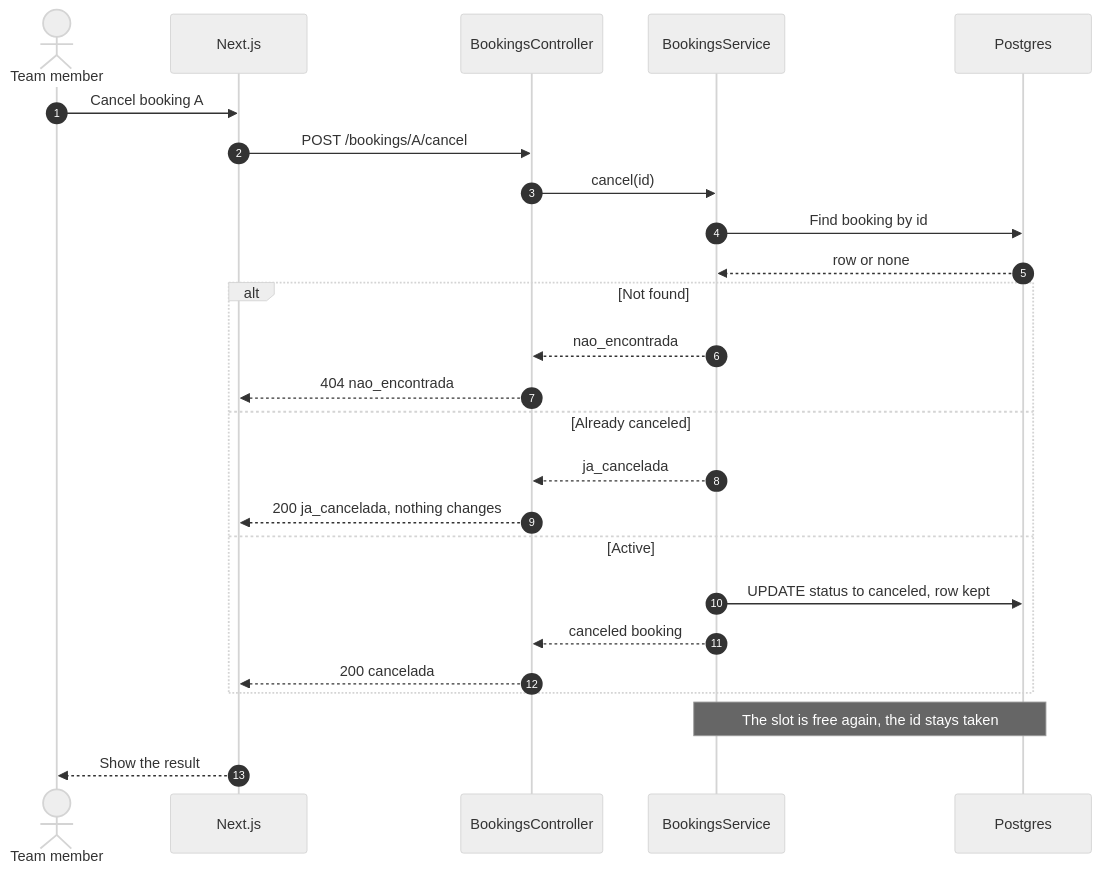
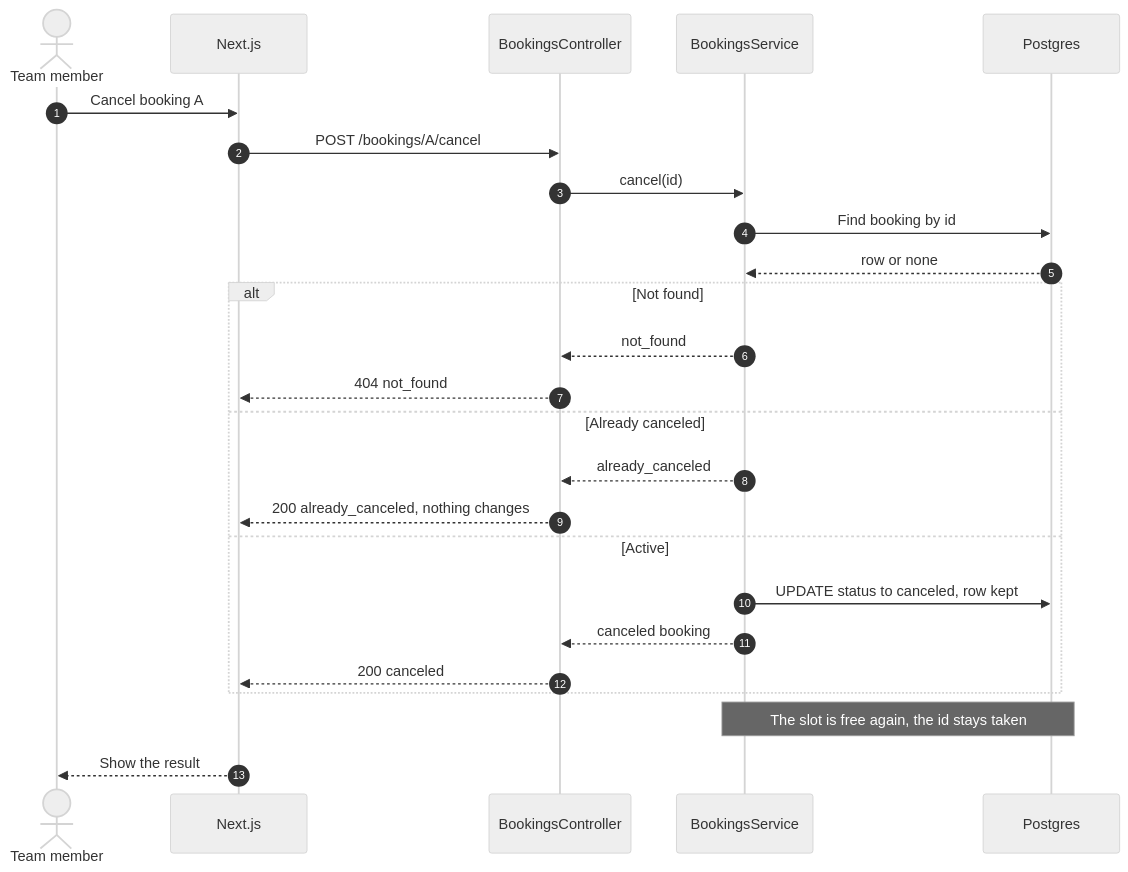
The seventh of 7 diagrams in docs/diagrams/architecture.md (fredsvanelli/alvorada-test-02), drawn with Mermaid (neutral theme) before and after one commit. The commit also changed other lines of this file and 1 other file, not shown here.

````diff
--- a/docs/diagrams/architecture.md
+++ b/docs/diagrams/architecture.md
@@ -203,30 +207,30 @@
 ```mermaid
 sequenceDiagram
   autonumber
   actor U as Team member
   participant W as Next.js
   participant C as BookingsController
   participant S as BookingsService
   participant DB as Postgres
 
   U->>W: Cancel booking A
   W->>C: POST /bookings/A/cancel
   C->>S: cancel(id)
   S->>DB: Find booking by id
   DB-->>S: row or none
 
   alt Not found
-    S-->>C: nao_encontrada
-    C-->>W: 404 nao_encontrada
+    S-->>C: not_found
+    C-->>W: 404 not_found
   else Already canceled
-    S-->>C: ja_cancelada
-    C-->>W: 200 ja_cancelada, nothing changes
+    S-->>C: already_canceled
+    C-->>W: 200 already_canceled, nothing changes
   else Active
     S->>DB: UPDATE status to canceled, row kept
     S-->>C: canceled booking
-    C-->>W: 200 cancelada
+    C-->>W: 200 canceled
   end
 
   Note over S,DB: The slot is free again, the id stays taken
   W-->>U: Show the result
 ```
````
